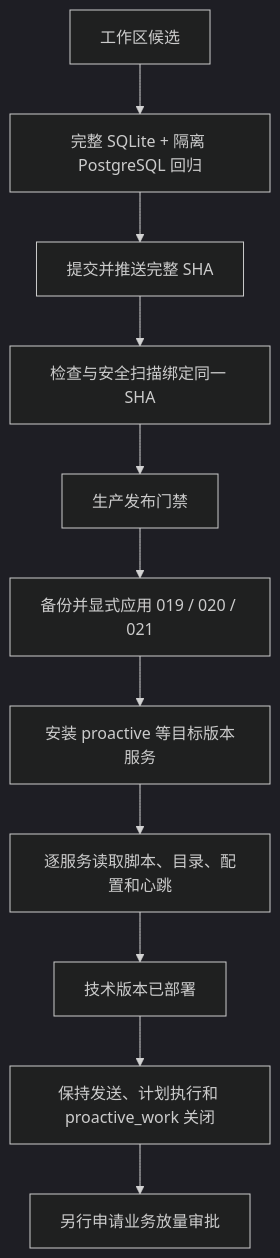
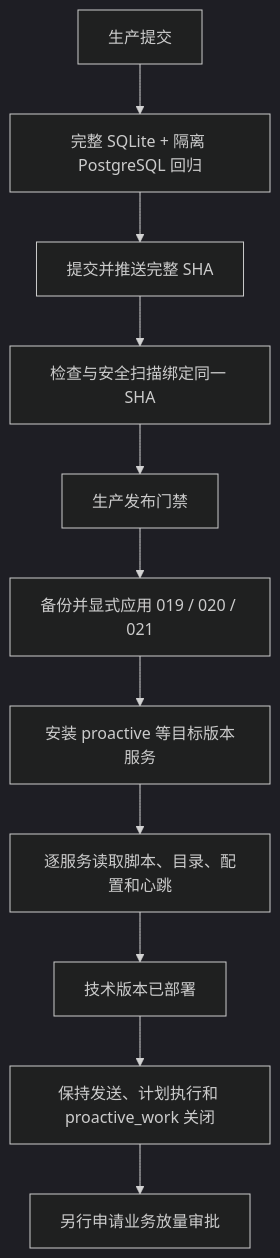
The third of 3 diagrams in docs/生产运维手册.md (ruiwang20010702/ai-employee), drawn with Mermaid (dark theme) before and after one commit. The commit also changed other lines of this file and 15 other files, not shown here.

````diff
--- a/docs/生产运维手册.md
+++ b/docs/生产运维手册.md
@@ -435,13 +435,13 @@
 ```mermaid
 flowchart TD
-    A["工作区候选"] --> B["完整 SQLite + 隔离 PostgreSQL 回归"]
+    A["生产提交"] --> B["完整 SQLite + 隔离 PostgreSQL 回归"]
     B --> C["提交并推送完整 SHA"]
     C --> D["检查与安全扫描绑定同一 SHA"]
     D --> E["生产发布门禁"]
     E --> F["备份并显式应用 019 / 020 / 021"]
     F --> G["安装 proactive 等目标版本服务"]
     G --> H["逐服务读取脚本、目录、配置和心跳"]
     H --> I["技术版本已部署"]
     I --> J["保持发送、计划执行和 proactive_work 关闭"]
     J --> K["另行申请业务放量审批"]
 ```
````
